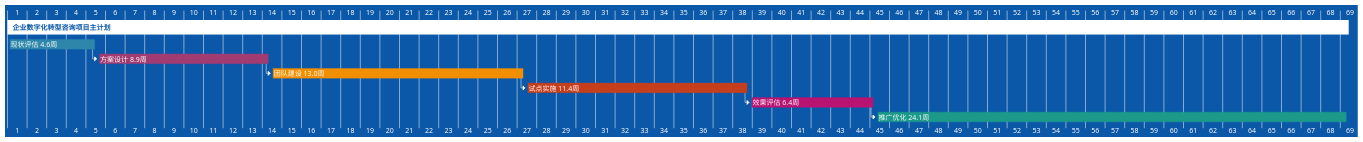
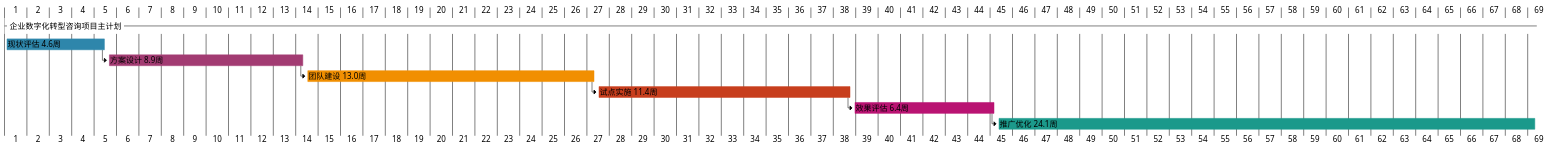
One commit to chuanminglu/aiworkdocs changed the third of 3 diagrams in 广州集装箱/AI赋能企业DevOps流程数字化转型解决方案.md. Above: the diagram before and after it, drawn with PlantUML.

Commit message:
优化：PlantUML甘特图样式调整
🎨 样式优化内容：
- 更换为plain主题，去除蓝色背景
- 增大文字到16px，提升可读性
- 设置白色背景，更加简洁专业
- 增加阶段条边框粗细到3px，视觉更突出
- 设置深灰色边框#333333，增强对比度

✨ 视觉效果改进：
- 干净的白色背景，突出内容本身
- 更大更粗的文字，适合演示展示
- 加粗的任务条，层次感更强
- 保持精美的六色配色方案
- 专业简洁的整体视觉风格

````diff
--- a/广州集装箱/AI赋能企业DevOps流程数字化转型解决方案.md
+++ b/广州集装箱/AI赋能企业DevOps流程数字化转型解决方案.md
@@ -663,39 +663,44 @@
 ```plantuml
 @startgantt
-!theme amiga
+!theme plain
 
 ' 设置字体大小和样式
-skinparam defaultFontSize 14
-skinparam ganttTaskFontSize 14
+skinparam defaultFontSize 16
+skinparam ganttTaskFontSize 16
 skinparam ganttTaskFontColor white
 skinparam ganttTaskFontStyle bold
+
+' 设置背景和边框
+skinparam backgroundColor white
+skinparam ganttTaskBorderThickness 3
+skinparam ganttTaskBorderColor #333333
 
 printscale weekly
 
 -- 企业数字化转型咨询项目主计划 --
 
 [现状评估 4.6周] lasts 32 days
 [现状评估 4.6周] is colored in #2E86AB
 
 [方案设计 8.9周] lasts 62 days 
 [方案设计 8.9周] starts at [现状评估 4.6周]'s end
 [方案设计 8.9周] is colored in #A23B72
 
 [团队建设 13.0周] lasts 91 days
 [团队建设 13.0周] starts at [方案设计 8.9周]'s end  
 [团队建设 13.0周] is colored in #F18F01
 
 [试点实施 11.4周] lasts 80 days
 [试点实施 11.4周] starts at [团队建设 13.0周]'s end
 [试点实施 11.4周] is colored in #C73E1D
 
 [效果评估 6.4周] lasts 45 days
 [效果评估 6.4周] starts at [试点实施 11.4周]'s end
 [效果评估 6.4周] is colored in #B91372
 
 [推广优化 24.1周] lasts 169 days
 [推广优化 24.1周] starts at [效果评估 6.4周]'s end
 [推广优化 24.1周] is colored in #1B998B
 
 @endgantt
 ```
````
